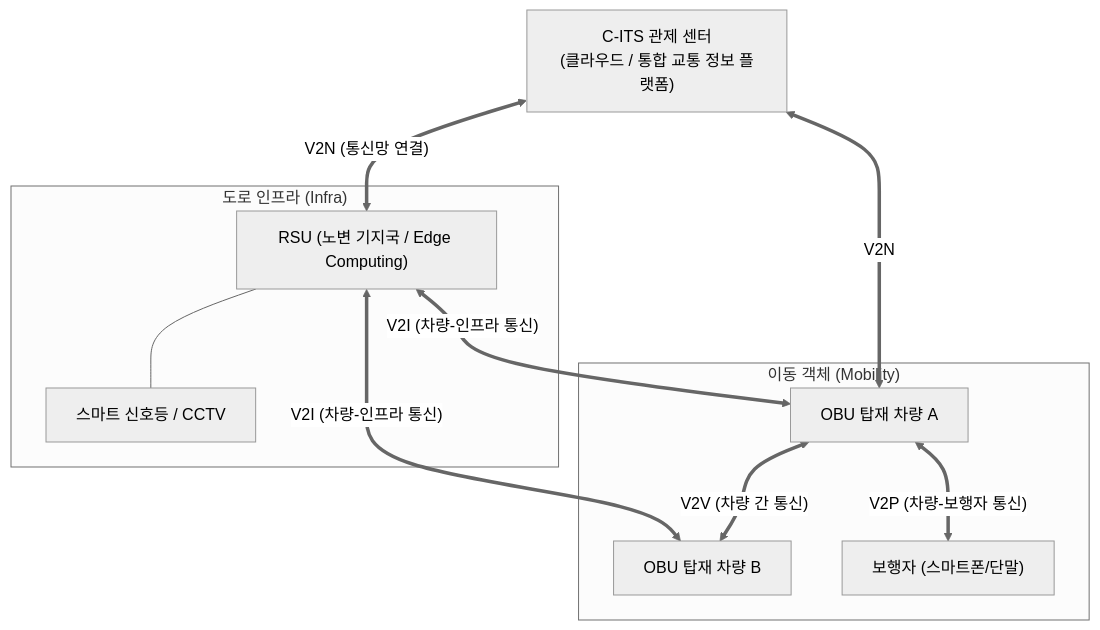
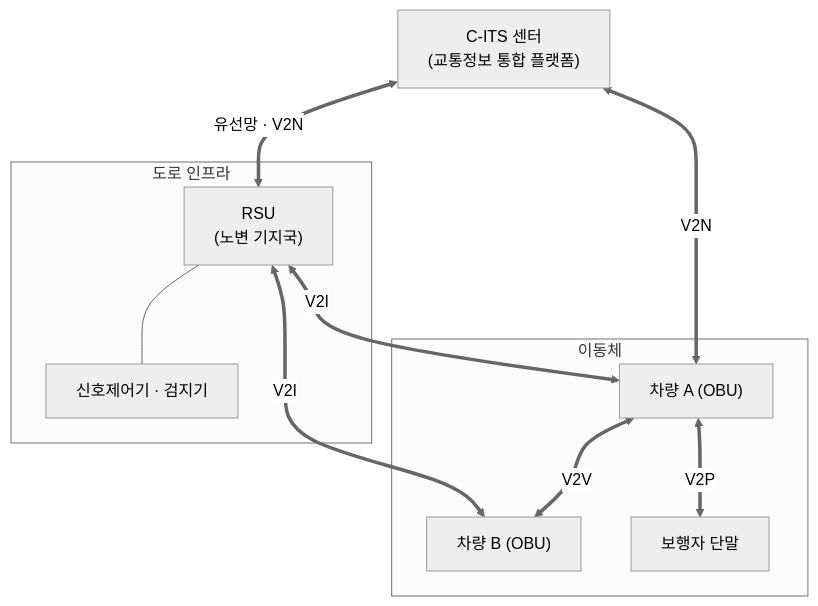
Before and after one commit to supremethumb/supremethumb.github.io: the diagram in content/01_IT Tech/C-ITS.md, drawn with Mermaid (neutral theme). The commit also changed other lines of this file and 1087 other files, not shown here.

````diff
--- a/content/01_IT Tech/C-ITS.md
+++ b/content/01_IT Tech/C-ITS.md
@@ -23,24 +36,20 @@
 ```mermaid
 flowchart TB
-    Center["C-ITS 관제 센터<br/>(클라우드 / 통합 교통 정보 플랫폼)"]
-    
-    subgraph Infra["도로 인프라 (Infra)"]
-        RSU["RSU (노변 기지국 / Edge Computing)"]
-        Signal["스마트 신호등 / CCTV"]
+    Center["C-ITS 센터<br/>(교통정보 통합 플랫폼)"]
+    subgraph Infra["도로 인프라"]
+        RSU["RSU<br/>(노변 기지국)"]
+        Signal["신호제어기 · 검지기"]
         RSU --- Signal
     end
-    
-    subgraph Mobility["이동 객체 (Mobility)"]
-        VehicleA["OBU 탑재 차량 A"]
-        VehicleB["OBU 탑재 차량 B"]
-        Pedestrian["보행자 (스마트폰/단말)"]
+    subgraph Mobility["이동체"]
+        VehicleA["차량 A (OBU)"]
+        VehicleB["차량 B (OBU)"]
+        Ped["보행자 단말"]
     end
-
-    Center <== "V2N (통신망 연결)" ==> RSU
-    Center <== "V2N" ==> VehicleA
-    RSU <== "V2I (차량-인프라 통신)" ==> VehicleA
-    RSU <== "V2I (차량-인프라 통신)" ==> VehicleB
-    VehicleA <== "V2V (차량 간 통신)" ==> VehicleB
-    VehicleA <== "V2P (차량-보행자 통신)" ==> Pedestrian
-
+    Center <==>|"유선망 · V2N"| RSU
+    Center <==>|"V2N"| VehicleA
+    RSU <==>|"V2I"| VehicleA
+    RSU <==>|"V2I"| VehicleB
+    VehicleA <==>|"V2V"| VehicleB
+    VehicleA <==>|"V2P"| Ped
 ```
````
